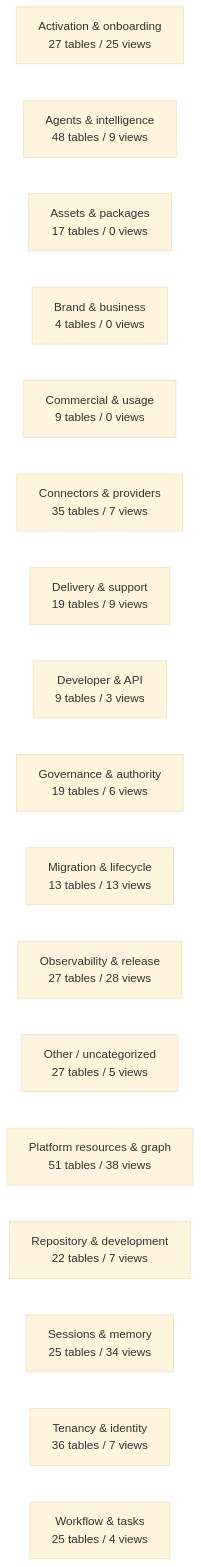
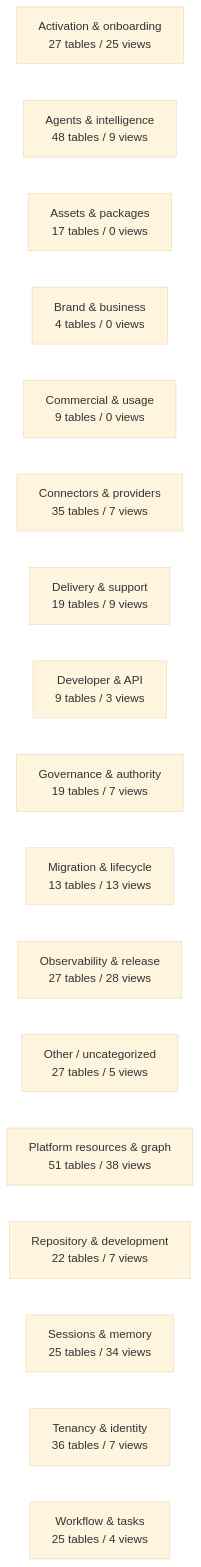
Before and after one commit to mad4bdigital-ai/multi-business-multi-role-growth-intelligence-os: the diagram in docs/work-maps/data-model-domain-map.md, drawn with Mermaid (base theme). The commit also changed other lines of this file and 5 other files, not shown here.

````diff
--- a/docs/work-maps/data-model-domain-map.md
+++ b/docs/work-maps/data-model-domain-map.md
@@ -9,20 +9,20 @@
 ```mermaid
 flowchart LR
   n_Activation___onboarding["Activation & onboarding<br/>27 tables / 25 views"]
   n_Agents___intelligence["Agents & intelligence<br/>48 tables / 9 views"]
   n_Assets___packages["Assets & packages<br/>17 tables / 0 views"]
   n_Brand___business["Brand & business<br/>4 tables / 0 views"]
   n_Commercial___usage["Commercial & usage<br/>9 tables / 0 views"]
   n_Connectors___providers["Connectors & providers<br/>35 tables / 7 views"]
   n_Delivery___support["Delivery & support<br/>19 tables / 9 views"]
   n_Developer___API["Developer & API<br/>9 tables / 3 views"]
-  n_Governance___authority["Governance & authority<br/>19 tables / 6 views"]
+  n_Governance___authority["Governance & authority<br/>19 tables / 7 views"]
   n_Migration___lifecycle["Migration & lifecycle<br/>13 tables / 13 views"]
   n_Observability___release["Observability & release<br/>27 tables / 28 views"]
   n_Other___uncategorized["Other / uncategorized<br/>27 tables / 5 views"]
   n_Platform_resources___graph["Platform resources & graph<br/>51 tables / 38 views"]
   n_Repository___development["Repository & development<br/>22 tables / 7 views"]
   n_Sessions___memory["Sessions & memory<br/>25 tables / 34 views"]
   n_Tenancy___identity["Tenancy & identity<br/>36 tables / 7 views"]
   n_Workflow___tasks["Workflow & tasks<br/>25 tables / 4 views"]
 ```
````
